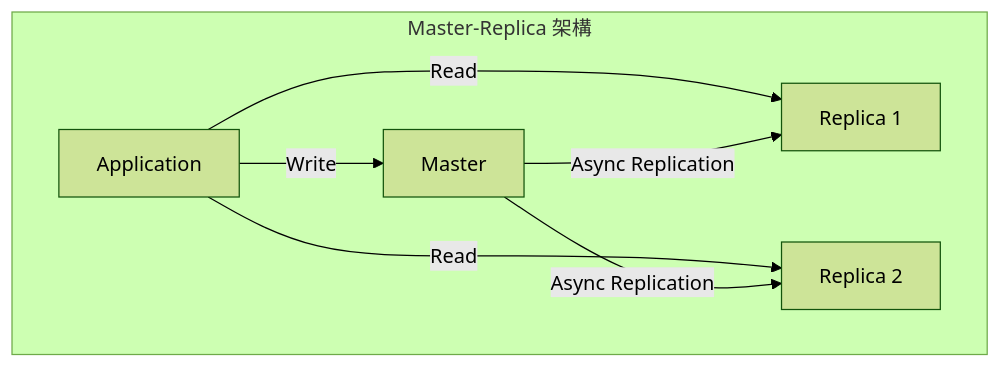
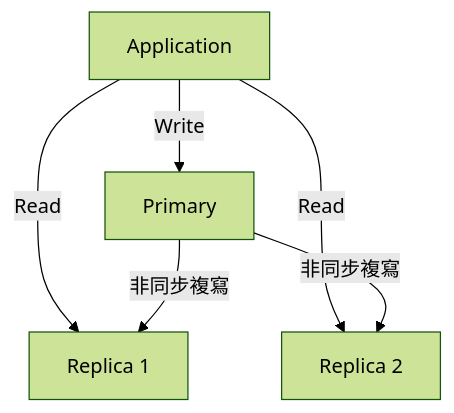
Before and after one commit to chihhung/Blog: the fifth of 30 diagrams in content/posts/教學/工具/Redis教學手冊.md, drawn with Mermaid (forest theme). The commit also changed other lines of this file and 10 other files, not shown here.

````diff
--- a/content/posts/教學/工具/Redis教學手冊.md
+++ b/content/posts/教學/工具/Redis教學手冊.md
@@ -268,10 +485,8 @@
 ```mermaid
 flowchart TB
-    subgraph "Master-Replica 架構"
-        A[Application] -->|Write| M[Master]
-        A -->|Read| R1[Replica 1]
-        A -->|Read| R2[Replica 2]
-        M -->|Async Replication| R1
-        M -->|Async Replication| R2
-    end
+    A[Application] -->|Write| M[Primary]
+    A -->|Read| R1[Replica 1]
+    A -->|Read| R2[Replica 2]
+    M -->|非同步複寫| R1
+    M -->|非同步複寫| R2
 ```
````
